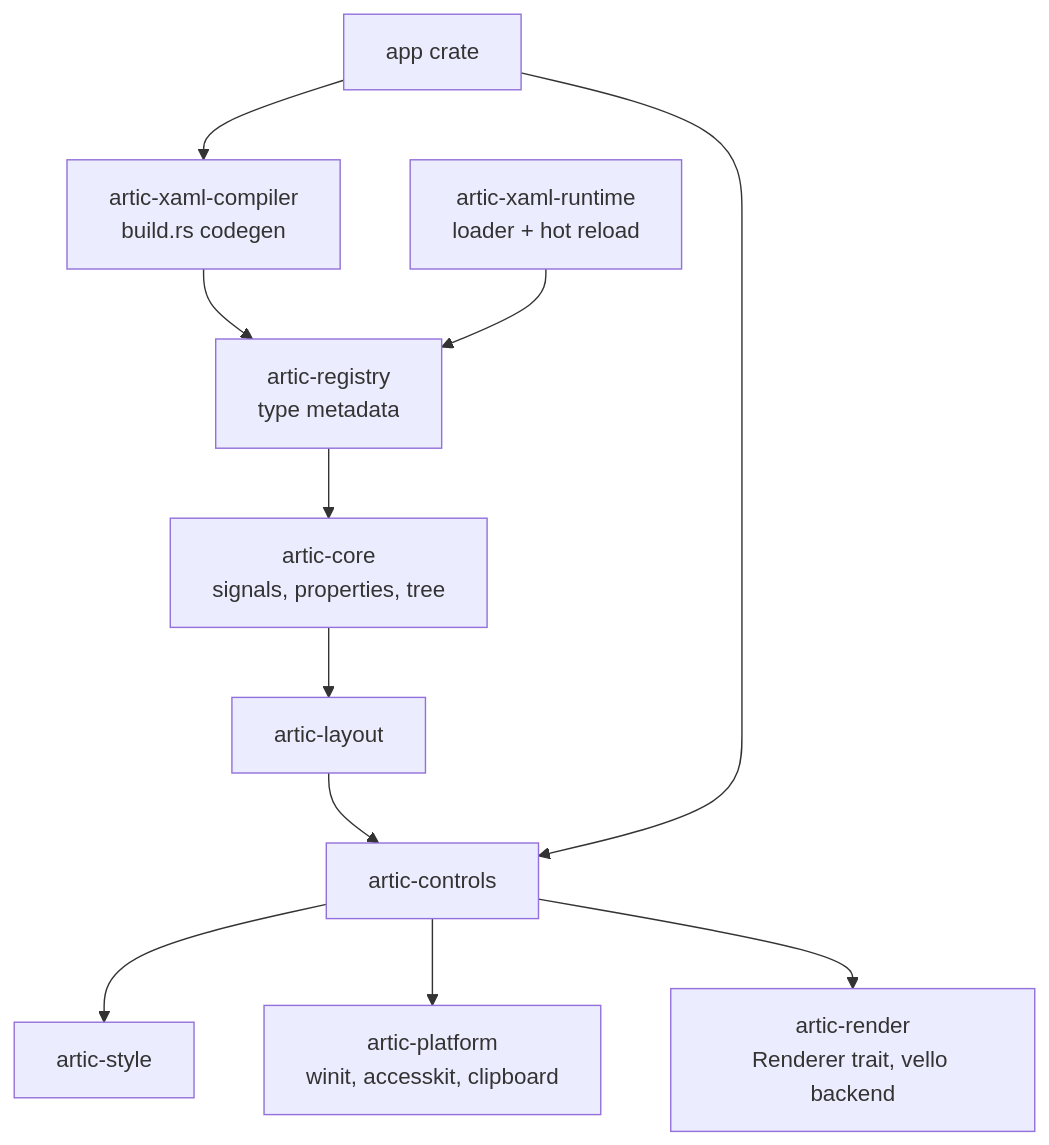
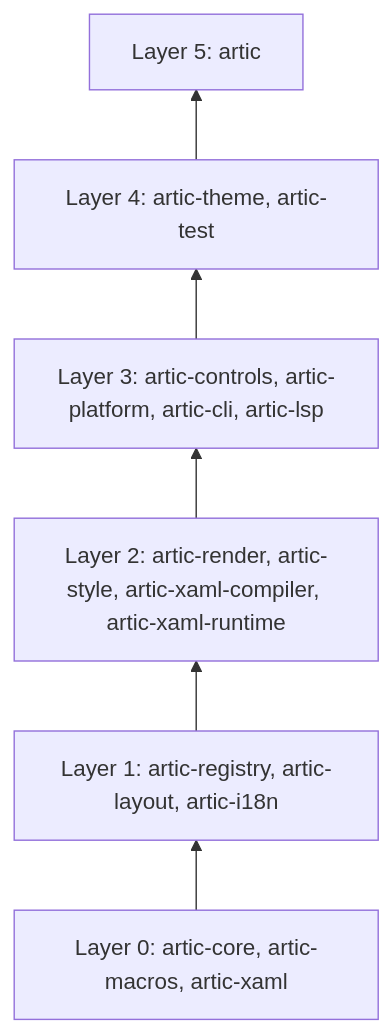
Before and after one commit to wolfware-labs/Artic: the first of 3 diagrams in docs/spec/technical_spec.md, drawn with Mermaid. The commit also changed other lines of this file and 1 other file, not shown here.

Commit message:
Document crate layers and dependency rules
Add docs/architecture.md with the layer table and dependency graph, and replace the section 2 diagram in the spec, which drew the core depending on layout and layout on controls.

````diff
--- a/docs/spec/technical_spec.md
+++ b/docs/spec/technical_spec.md
@@ -50,13 +50,10 @@
 ```mermaid
-flowchart TD
-  A[artic-xaml-compiler<br/>build.rs codegen] --> R[artic-registry<br/>type metadata]
-  B[artic-xaml-runtime<br/>loader + hot reload] --> R
-  R --> C[artic-core<br/>signals, properties, tree]
-  C --> L[artic-layout]
-  L --> K[artic-controls]
-  K --> S[artic-style]
-  K --> P[artic-platform<br/>winit, accesskit, clipboard]
-  K --> G[artic-render<br/>Renderer trait, vello backend]
-  APP[app crate] --> K
-  APP --> A
+flowchart BT
+  L0["Layer 0: artic-core, artic-macros, artic-xaml"]
+  L1["Layer 1: artic-registry, artic-layout, artic-i18n"]
+  L2["Layer 2: artic-render, artic-style, artic-xaml-compiler, artic-xaml-runtime"]
+  L3["Layer 3: artic-controls, artic-platform, artic-cli, artic-lsp"]
+  L4["Layer 4: artic-theme, artic-test"]
+  L5["Layer 5: artic"]
+  L0 --> L1 --> L2 --> L3 --> L4 --> L5
 ```
````
